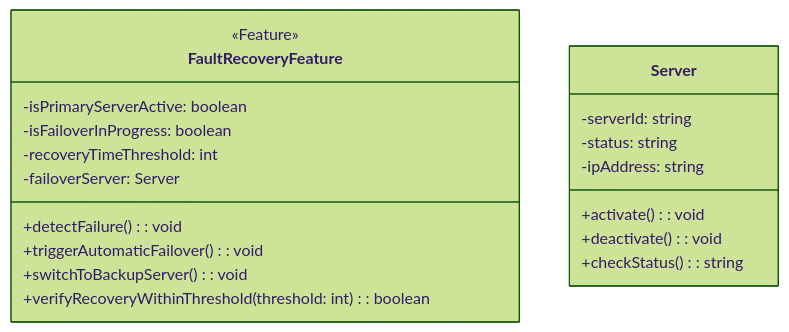
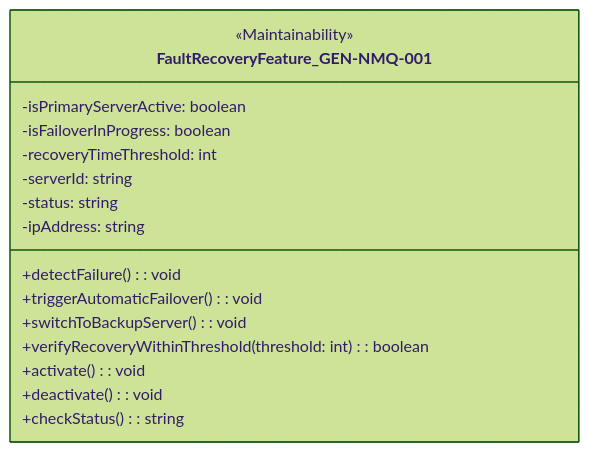
One commit to sun922/University-SoftwareDesign changed diagram 30 of 39 in 1. Requirement Analysis/Software Requirements Specification.md. Above: the diagram before and after it, drawn with Mermaid (forest theme). The commit also changed other lines of this file, not shown here.

Commit message:
디자인, 품질, 제약 요구사항 클래스 다이어그램 추가

````diff
--- a/1. Requirement Analysis/Software Requirements Specification.md
+++ b/1. Requirement Analysis/Software Requirements Specification.md
@@ -1050,25 +1067,21 @@
 ```mermaid
 classDiagram
-    class FaultRecoveryFeature {
-        <<Feature>>
+    class FaultRecoveryFeature_GEN-NMQ-001 {
+        <<Maintainability>>
         -isPrimaryServerActive: boolean
         -isFailoverInProgress: boolean
         -recoveryTimeThreshold: int
-        -failoverServer: Server
+        -serverId: string
+        -status: string
+        -ipAddress: string
 
         +detectFailure(): void
         +triggerAutomaticFailover(): void
         +switchToBackupServer(): void
         +verifyRecoveryWithinThreshold(threshold: int): boolean
-    }
-
-    class Server {
-        -serverId: string
-        -status: string
-        -ipAddress: string
-
         +activate(): void
         +deactivate(): void
         +checkStatus(): string
     }
+
 ```
````
